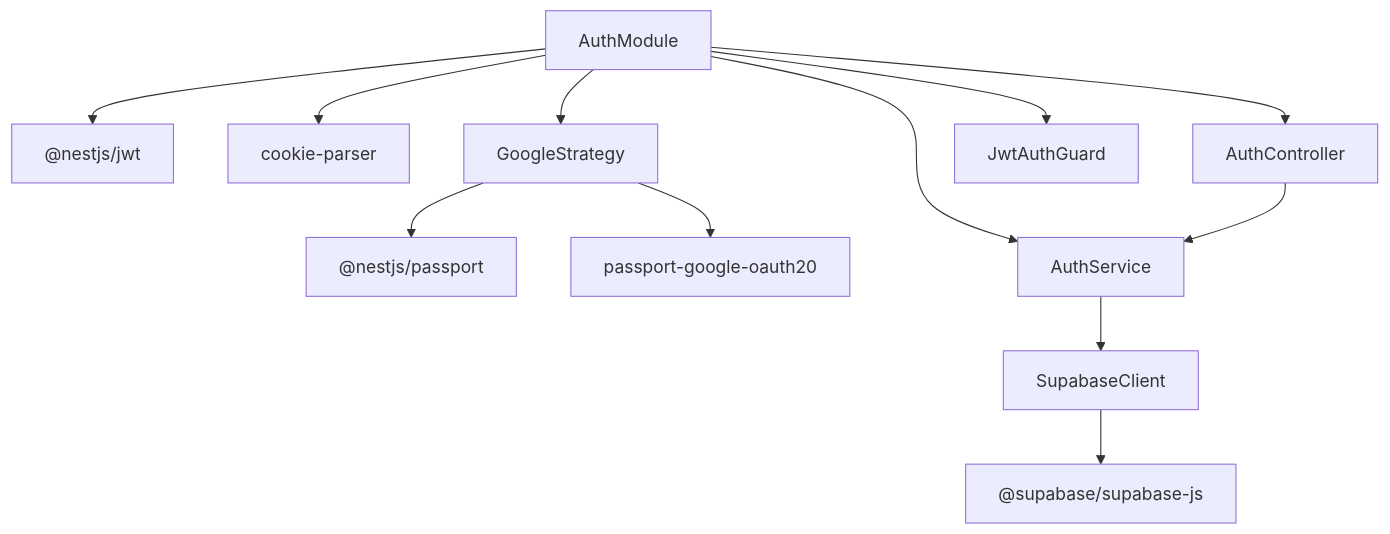
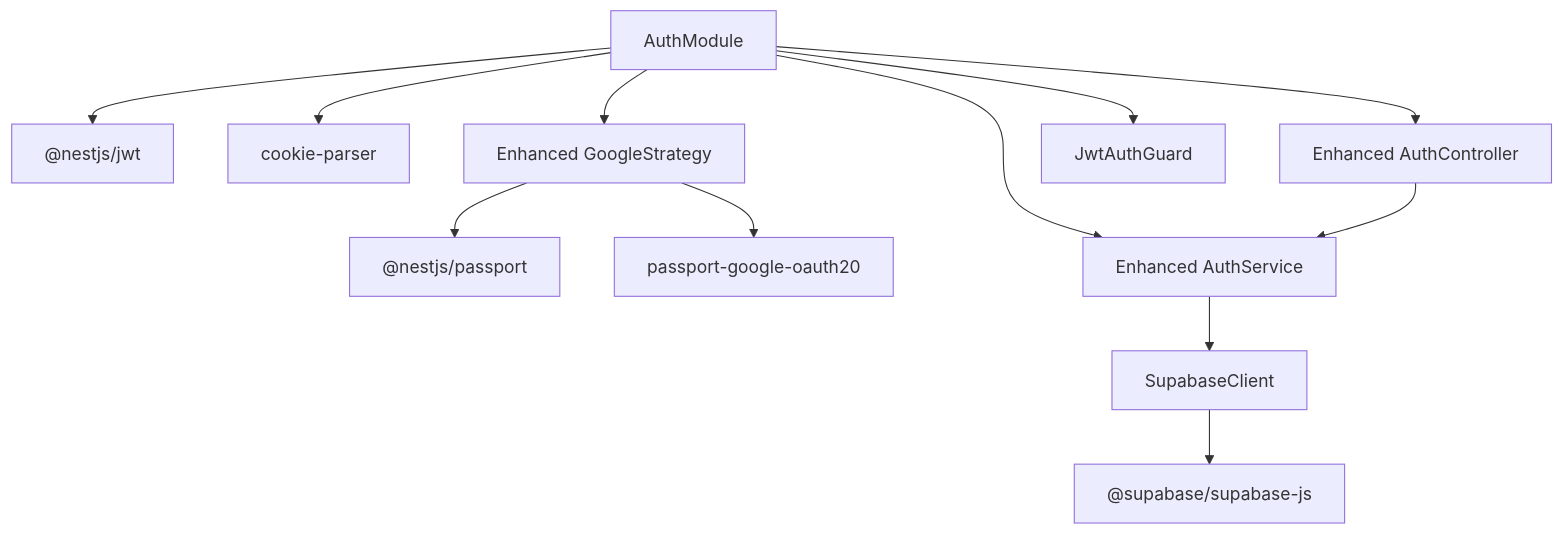
Before and after one commit to devonxjz/MissLost: the seventh of 7 diagrams in .qoder/repowiki/en/content/Backend Architecture/Authentication System/Google OAuth Integration.md, drawn with Mermaid. The commit also changed other lines of this file and 12 other files, not shown here.

````diff
--- a/.qoder/repowiki/en/content/Backend Architecture/Authentication System/Google OAuth Integration.md
+++ b/.qoder/repowiki/en/content/Backend Architecture/Authentication System/Google OAuth Integration.md
@@ -268,25 +284,25 @@
 ```mermaid
 graph TB
 PM["@nestjs/passport"]
 PG["passport-google-oauth20"]
 JWT["@nestjs/jwt"]
 SB["@supabase/supabase-js"]
 CP["cookie-parser"]
-GS["GoogleStrategy"]
+GS["Enhanced GoogleStrategy"]
 AM["AuthModule"]
-AC["AuthController"]
-AS["AuthService"]
+AC["Enhanced AuthController"]
+AS["Enhanced AuthService"]
 JG["JwtAuthGuard"]
 SC["SupabaseClient"]
 AM --> GS
 AM --> AC
 AM --> AS
 AM --> JG
 AC --> AS
 AS --> SC
 GS --> PM
 GS --> PG
 AM --> JWT
 AM --> CP
 SC --> SB
 ```
````
